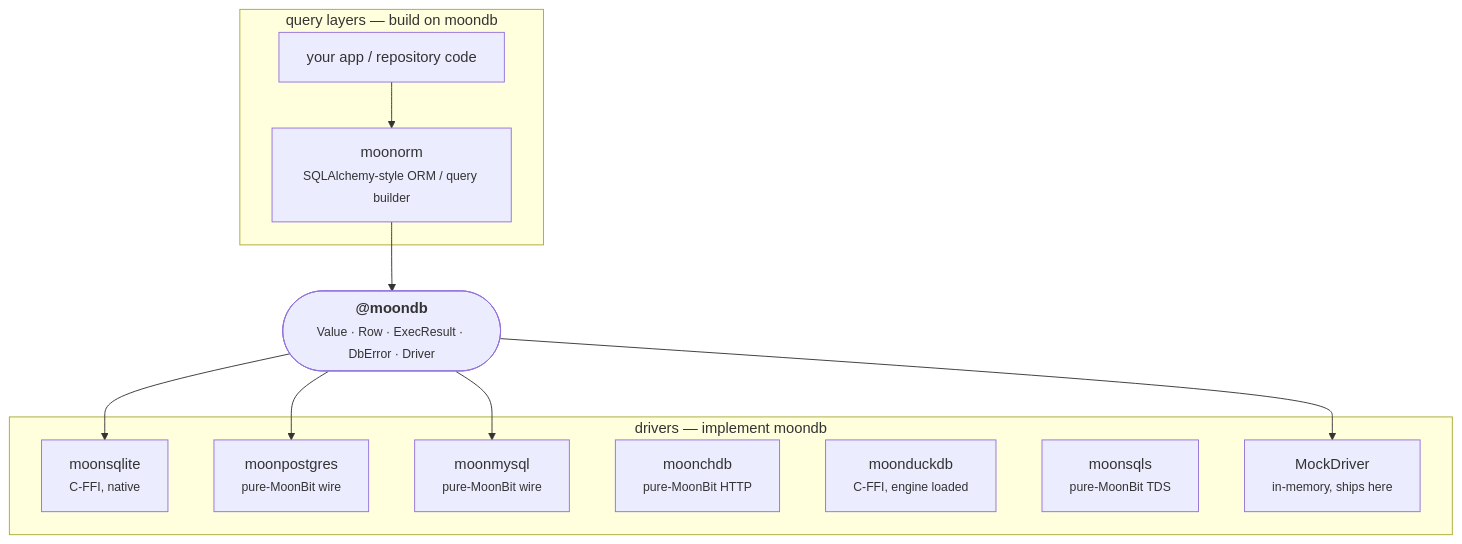
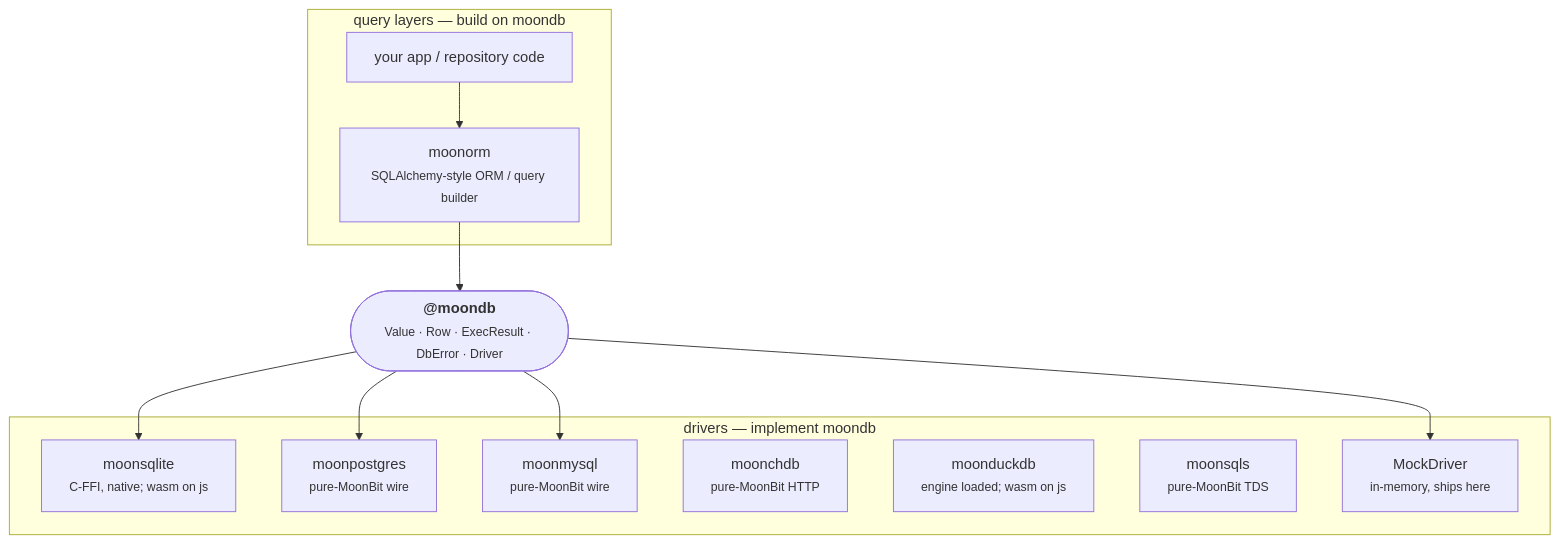
The diagram in README.md (moonbitstack/moondb), drawn with Mermaid before and after one commit. The commit also changed 5 other files, not shown here.

````diff
--- a/README.md
+++ b/README.md
@@ -23,22 +23,22 @@
 ```mermaid
 flowchart TD
     subgraph layers["query layers — build on moondb"]
       ORM["moonorm<br/><small>SQLAlchemy-style ORM / query builder</small>"]
       APP["your app / repository code"]
     end
     IFACE(["<b>@moondb</b><br/><small>Value · Row · ExecResult · DbError · Driver</small>"])
     subgraph drivers["drivers — implement moondb"]
-      SQLITE["moonsqlite<br/><small>C-FFI, native</small>"]
+      SQLITE["moonsqlite<br/><small>C-FFI, native; wasm on js</small>"]
       PG["moonpostgres<br/><small>pure-MoonBit wire</small>"]
       MYSQL["moonmysql<br/><small>pure-MoonBit wire</small>"]
       CH["moonchdb<br/><small>pure-MoonBit HTTP</small>"]
-      DUCK["moonduckdb<br/><small>C-FFI, engine loaded</small>"]
+      DUCK["moonduckdb<br/><small>engine loaded; wasm on js</small>"]
       SQLS["moonsqls<br/><small>pure-MoonBit TDS</small>"]
       MOCK["MockDriver<br/><small>in-memory, ships here</small>"]
     end
     APP --> ORM --> IFACE
     IFACE --> SQLITE
     IFACE --> PG
     IFACE --> MYSQL
     IFACE --> MOCK
 ```
````
